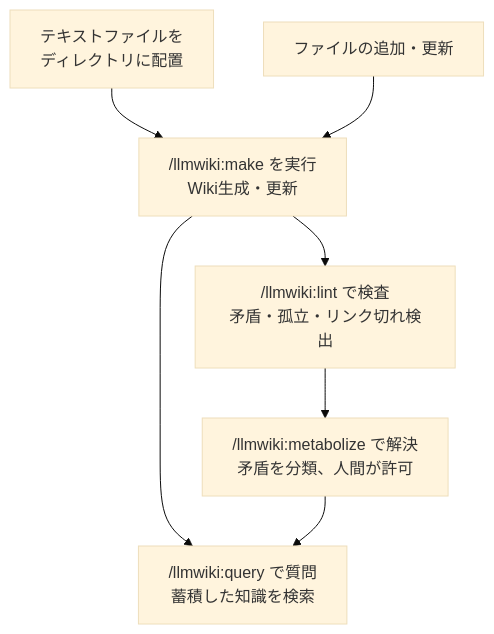
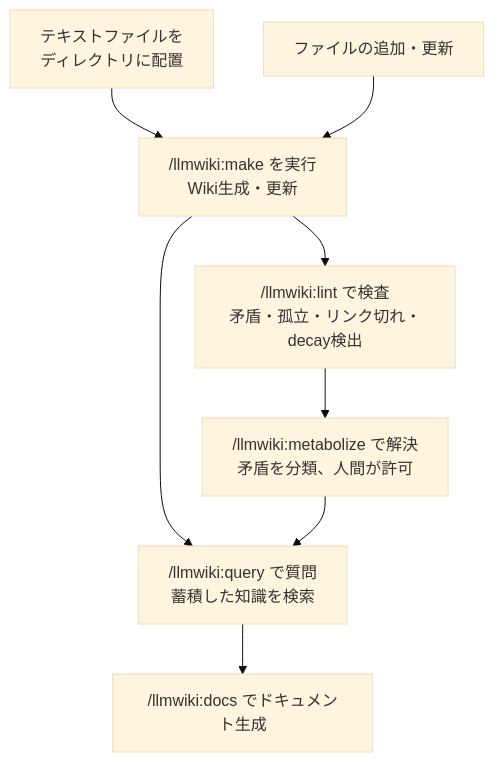
Before and after one commit to ktrysmt/ktrysmt.github.io: the second of 2 diagrams in _posts/2026-04-06-llmwiki.md, drawn with Mermaid (base theme). The commit also changed other lines of this file and 1 other file, not shown here.

````diff
--- a/_posts/2026-04-06-llmwiki.md
+++ b/_posts/2026-04-06-llmwiki.md
@@ -166,15 +92,17 @@
 ```mermaid
 graph TD
     S1["テキストファイルを<br>ディレクトリに配置"]
     S2["/llmwiki:make を実行<br>Wiki生成・更新"]
     S3["/llmwiki:query で質問<br>蓄積した知識を検索"]
-    S4["/llmwiki:lint で検査<br>矛盾・孤立・リンク切れ検出"]
+    S4["/llmwiki:lint で検査<br>矛盾・孤立・リンク切れ・decay検出"]
     S5["/llmwiki:metabolize で解決<br>矛盾を分類、人間が許可"]
     S6["ファイルの追加・更新"]
+    S7["/llmwiki:docs でドキュメント生成"]
     S1 --> S2
     S2 --> S3
     S2 --> S4
     S4 --> S5
     S5 --> S3
+    S3 --> S7
     S6 --> S2
 ```
````
